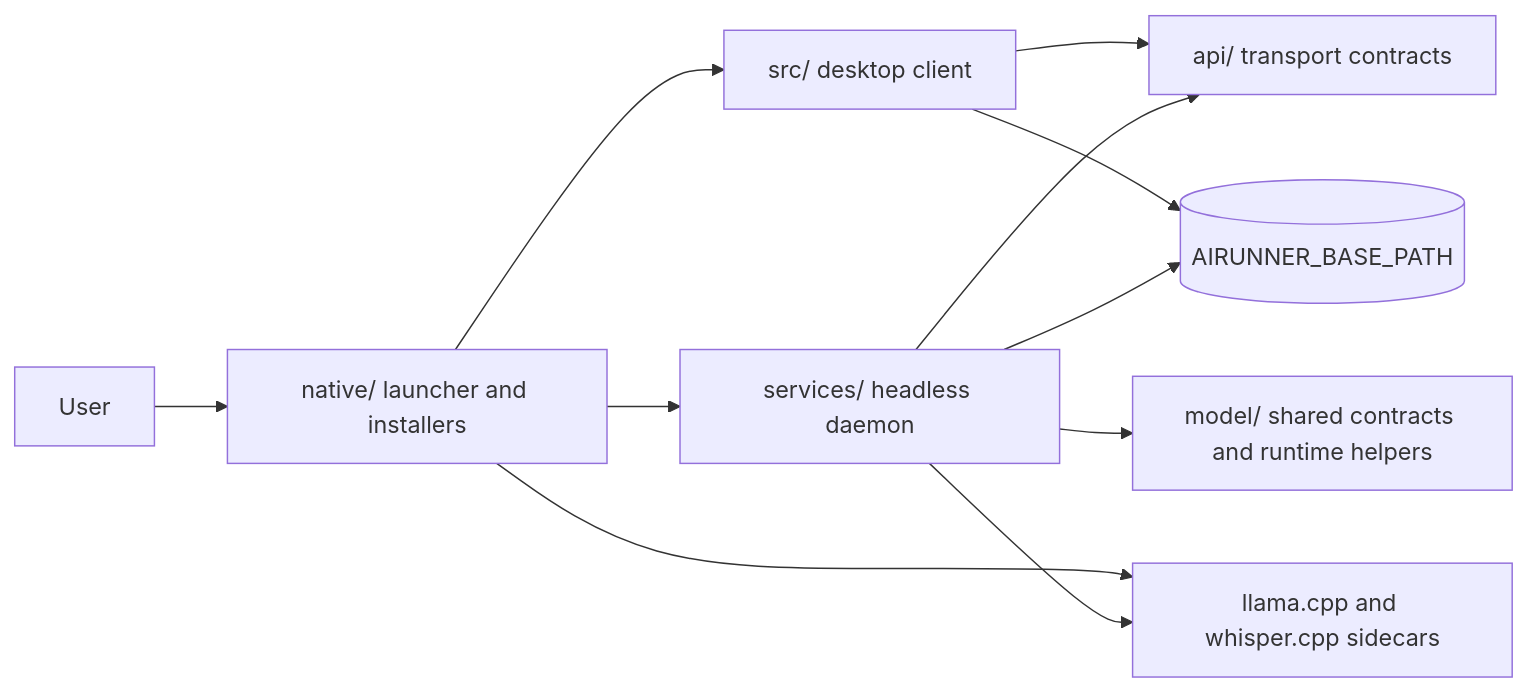
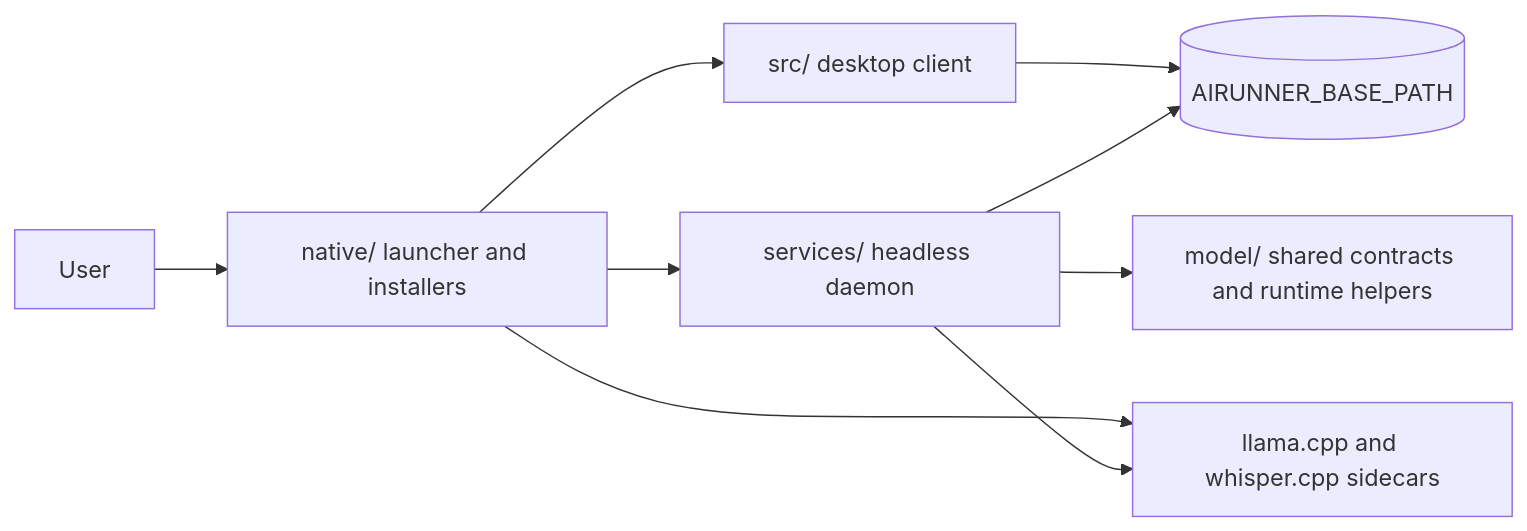
The diagram in docs/architecture/layered_product_architecture.md (Capsize-Games/airunner), drawn with Mermaid before and after one commit. The commit also changed other lines of this file and 111 other files, not shown here.

````diff
--- a/docs/architecture/layered_product_architecture.md
+++ b/docs/architecture/layered_product_architecture.md
@@ -8,13 +8,11 @@
 ```mermaid
 flowchart LR
     User[User] --> Native[native/ launcher and installers]
     Native --> GUI[src/ desktop client]
     Native --> Daemon[services/ headless daemon]
-    GUI --> API[api/ transport contracts]
-    Daemon --> API
     Daemon --> Model[model/ shared contracts and runtime helpers]
     Native --> Sidecars[llama.cpp and whisper.cpp sidecars]
     Daemon --> Sidecars
     GUI --> Data[(AIRUNNER_BASE_PATH)]
     Daemon --> Data
 ```
````
